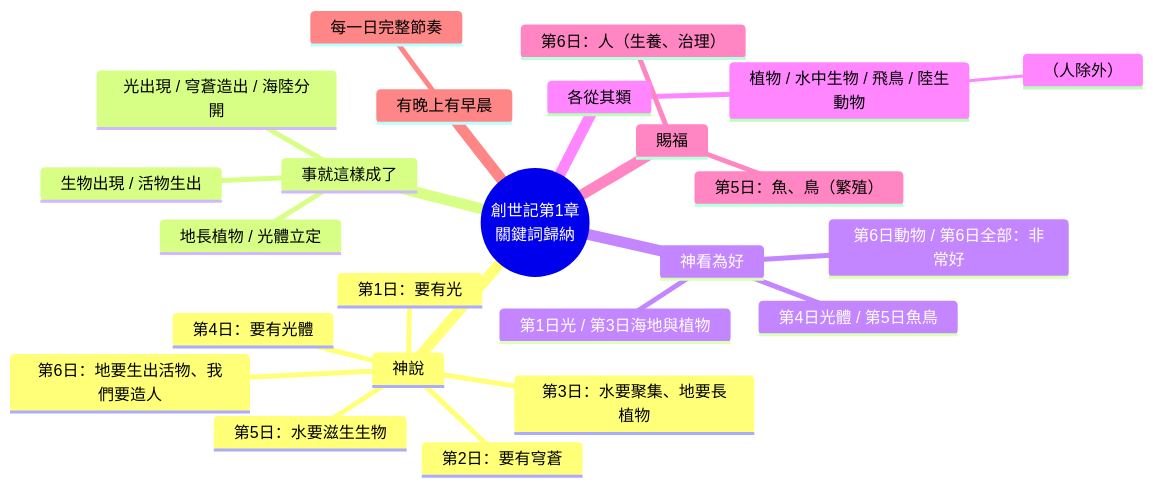
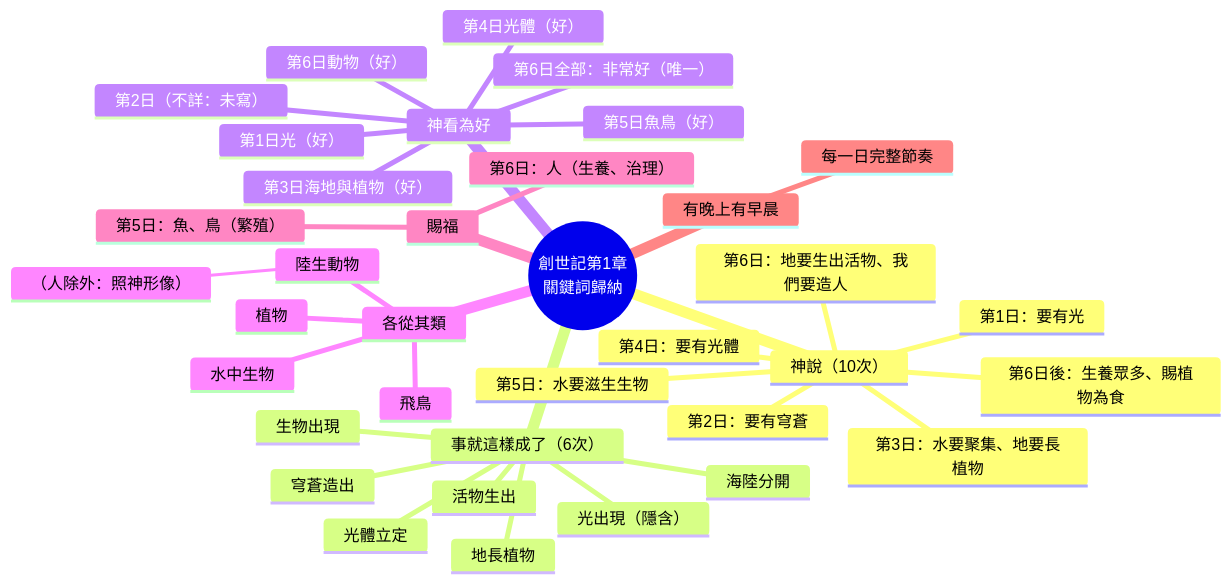
The third of 3 diagrams in 創世紀/第 01 章.md (mccappsheet5804-sketch/bible-study-old-testament), drawn with Mermaid before and after one commit. The commit also changed other lines of this file, not shown here.

````diff
--- a/創世紀/第 01 章.md
+++ b/創世紀/第 01 章.md
@@ -209,27 +234,39 @@
 ```mermaid
 mindmap
   root((創世記第1章<br>關鍵詞歸納))
-    神說
+    神說（10次）
       第1日：要有光
       第2日：要有穹蒼
       第3日：水要聚集、地要長植物
       第4日：要有光體
       第5日：水要滋生生物
       第6日：地要生出活物、我們要造人
-    事就這樣成了
-      光出現 / 穹蒼造出 / 海陸分開
-      地長植物 / 光體立定
-      生物出現 / 活物生出
+      第6日後：生養眾多、賜植物為食
+    事就這樣成了（6次）
+      光出現（隱含）
+      穹蒼造出
+      海陸分開
+      地長植物
+      光體立定
+      生物出現
+      活物生出
     神看為好
-      第1日光 / 第3日海地與植物
-      第4日光體 / 第5日魚鳥
-      第6日動物 / 第6日全部：非常好
+      第1日光（好）
+      第2日（不詳：未寫）
+      第3日海地與植物（好）
+      第4日光體（好）
+      第5日魚鳥（好）
+      第6日動物（好）
+      第6日全部：非常好（唯一）
     各從其類
-      植物 / 水中生物 / 飛鳥 / 陸生動物
-       （人除外）
+      植物
+      水中生物
+      飛鳥
+      陸生動物
+       （人除外：照神形像）
     賜福
       第5日：魚、鳥（繁殖）
       第6日：人（生養、治理）
     有晚上有早晨
       每一日完整節奏
 ```
````
